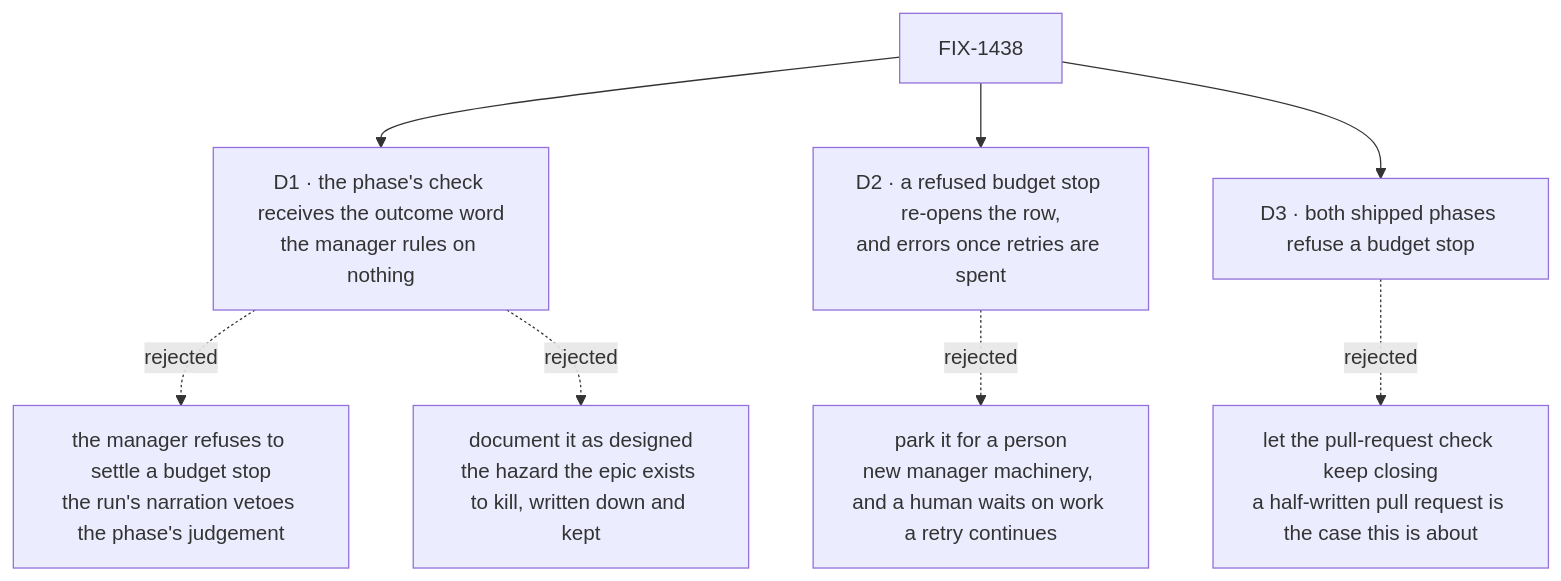
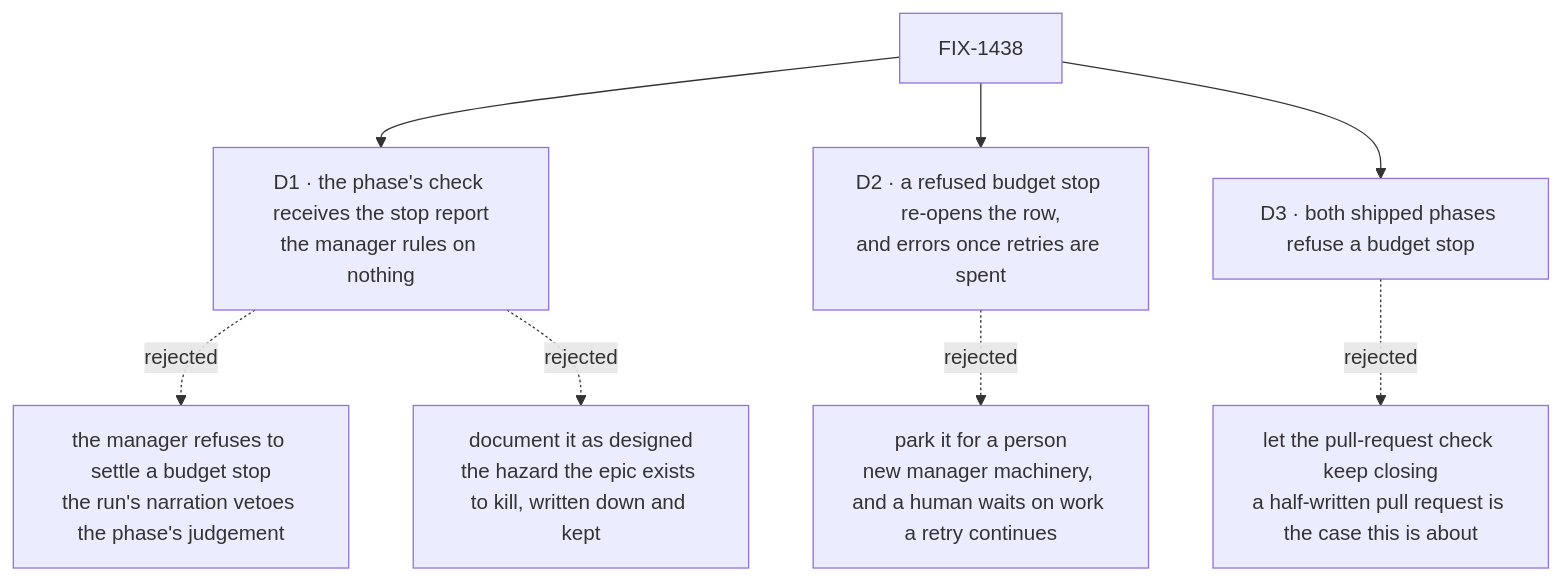
One commit to fixpoint-labs/flow-state-dev changed the diagram in spec/FIX-1438/DECISIONS.md. Above: the diagram before and after it, drawn with Mermaid. The commit also changed other lines of this file and 4 other files, not shown here.

First line of the commit message:
spec(FIX-1438): name the run's stop report apart from the run record's outcome

````diff
--- a/spec/FIX-1438/DECISIONS.md
+++ b/spec/FIX-1438/DECISIONS.md
@@ -9,10 +11,10 @@
 ```mermaid
 flowchart TD
-  I["FIX-1438"] --> D1["D1 · the phase's check receives the outcome word<br/>the manager rules on nothing"]
+  I["FIX-1438"] --> D1["D1 · the phase's check receives the stop report<br/>the manager rules on nothing"]
   D1 -.->|"rejected"| X1["the manager refuses to settle a budget stop<br/>the run's narration vetoes the phase's judgement"]
   D1 -.->|"rejected"| X2["document it as designed<br/>the hazard the epic exists to kill, written down and kept"]
   I --> D2["D2 · a refused budget stop re-opens the row,<br/>and errors once retries are spent"]
   D2 -.->|"rejected"| X3["park it for a person<br/>new manager machinery, and a human waits on work a retry continues"]
   I --> D3["D3 · both shipped phases refuse a budget stop"]
   D3 -.->|"rejected"| X4["let the pull-request check keep closing<br/>a half-written pull request is the case this is about"]
 ```
````
